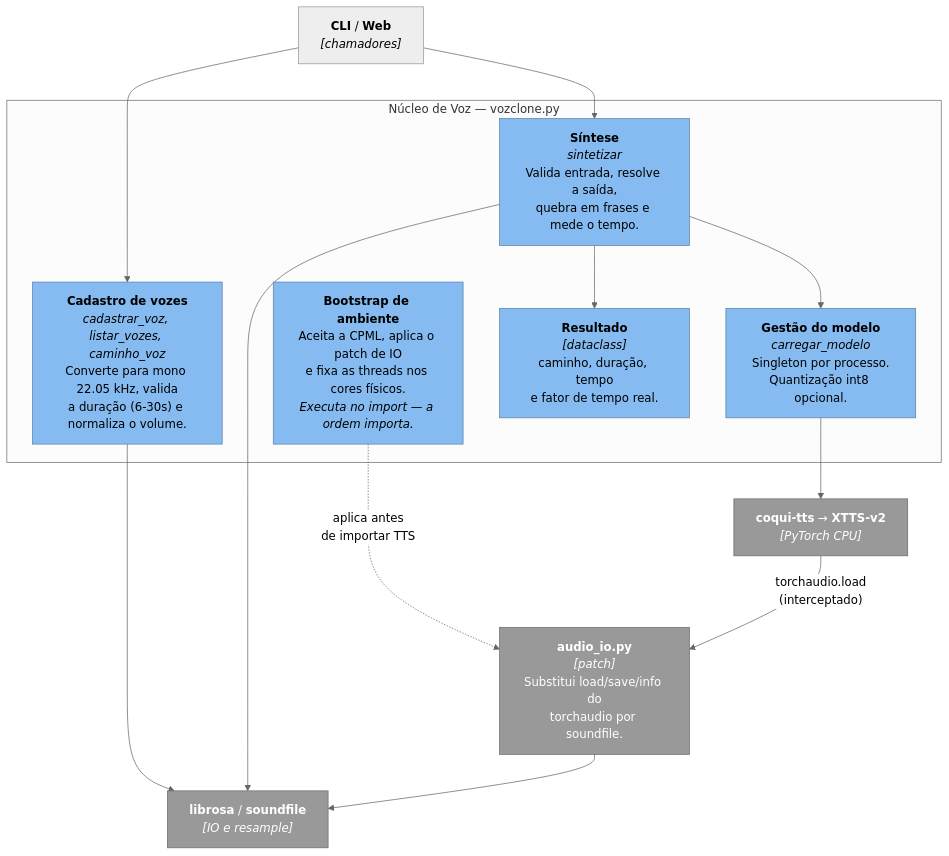
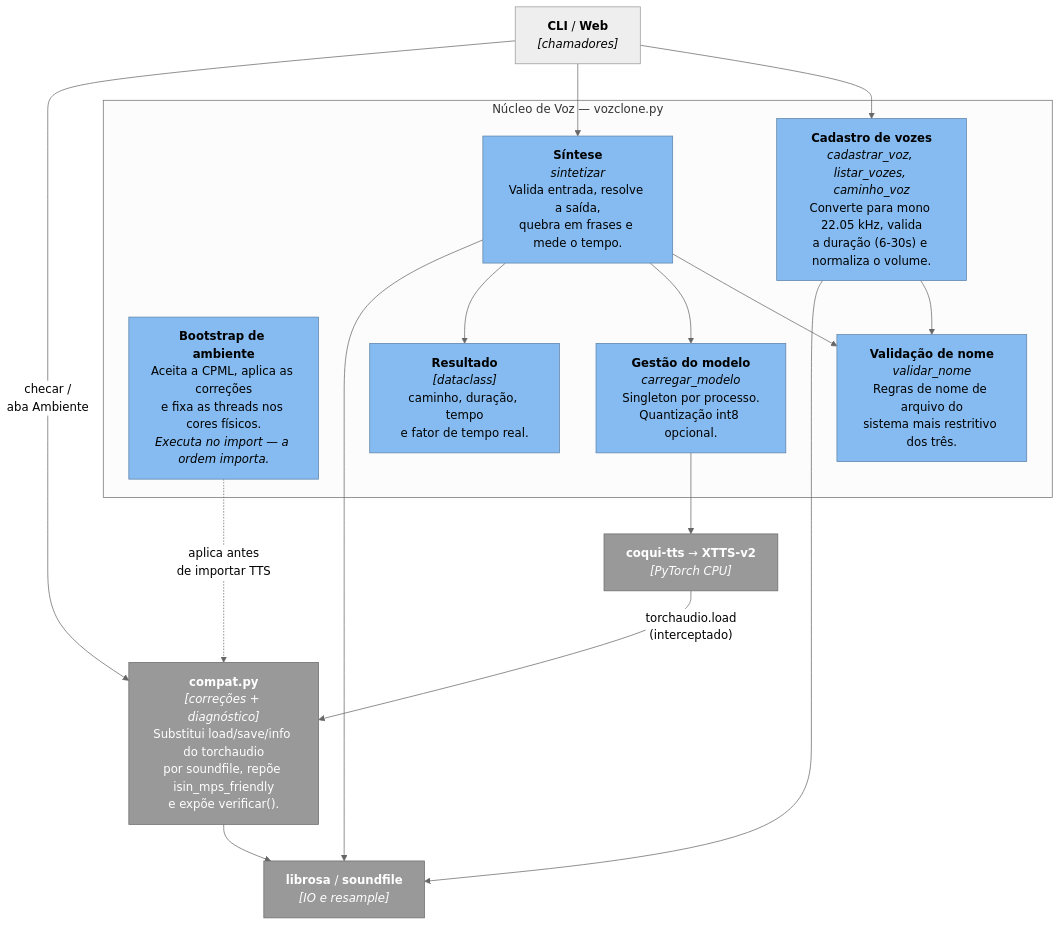
One commit to dougmotshell/voice-clone changed the third of 5 diagrams in docs/c4/README.md. Above: the diagram before and after it, drawn with Mermaid (neutral theme). The commit also changed other lines of this file and 10 other files, not shown here.

````diff
--- a/docs/c4/README.md
+++ b/docs/c4/README.md
@@ -96,32 +96,36 @@
 ```mermaid
 graph TB
     cli["<b>CLI</b> / <b>Web</b><br/><i>[chamadores]</i>"]
 
     subgraph nucleo["Núcleo de Voz — vozclone.py"]
-        bootstrap["<b>Bootstrap de ambiente</b><br/>Aceita a CPML, aplica o patch de IO<br/>e fixa as threads nos cores físicos.<br/><i>Executa no import — a ordem importa.</i>"]
+        bootstrap["<b>Bootstrap de ambiente</b><br/>Aceita a CPML, aplica as correções<br/>e fixa as threads nos cores físicos.<br/><i>Executa no import — a ordem importa.</i>"]
         cadastro["<b>Cadastro de vozes</b><br/><i>cadastrar_voz, listar_vozes, caminho_voz</i><br/>Converte para mono 22.05 kHz, valida<br/>a duração (6-30s) e normaliza o volume."]
         sintese["<b>Síntese</b><br/><i>sintetizar</i><br/>Valida entrada, resolve a saída,<br/>quebra em frases e mede o tempo."]
         modelo["<b>Gestão do modelo</b><br/><i>carregar_modelo</i><br/>Singleton por processo.<br/>Quantização int8 opcional."]
         resultado["<b>Resultado</b><br/><i>[dataclass]</i><br/>caminho, duração, tempo<br/>e fator de tempo real."]
+        validacao["<b>Validação de nome</b><br/><i>validar_nome</i><br/>Regras de nome de arquivo do<br/>sistema mais restritivo dos três."]
     end
 
-    io["<b>audio_io.py</b><br/><i>[patch]</i><br/>Substitui load/save/info do<br/>torchaudio por soundfile."]
+    io["<b>compat.py</b><br/><i>[correções + diagnóstico]</i><br/>Substitui load/save/info do torchaudio<br/>por soundfile, repõe isin_mps_friendly<br/>e expõe verificar()."]
     ext["<b>librosa</b> / <b>soundfile</b><br/><i>[IO e resample]</i>"]
     tts["<b>coqui-tts</b> → <b>XTTS-v2</b><br/><i>[PyTorch CPU]</i>"]
 
     cli --> cadastro
     cli --> sintese
+    cli -->|"checar /<br/>aba Ambiente"| io
+    cadastro --> validacao
+    sintese --> validacao
     bootstrap -.->|"aplica antes<br/>de importar TTS"| io
     cadastro --> ext
     sintese --> modelo
     sintese --> resultado
     sintese --> ext
     modelo --> tts
     tts -->|"torchaudio.load<br/>(interceptado)"| io
     io --> ext
 
     classDef comp fill:#85bbf0,stroke:#5d82a8,color:#000
     classDef libs fill:#999,stroke:#6b6b6b,color:#fff
-    class bootstrap,cadastro,sintese,modelo,resultado comp
+    class bootstrap,cadastro,sintese,modelo,resultado,validacao comp
     class io,ext,tts libs
 ```
````
